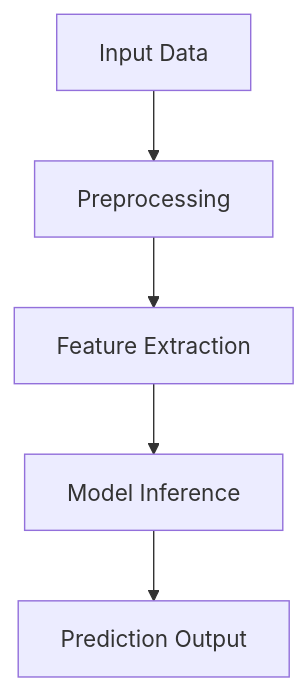
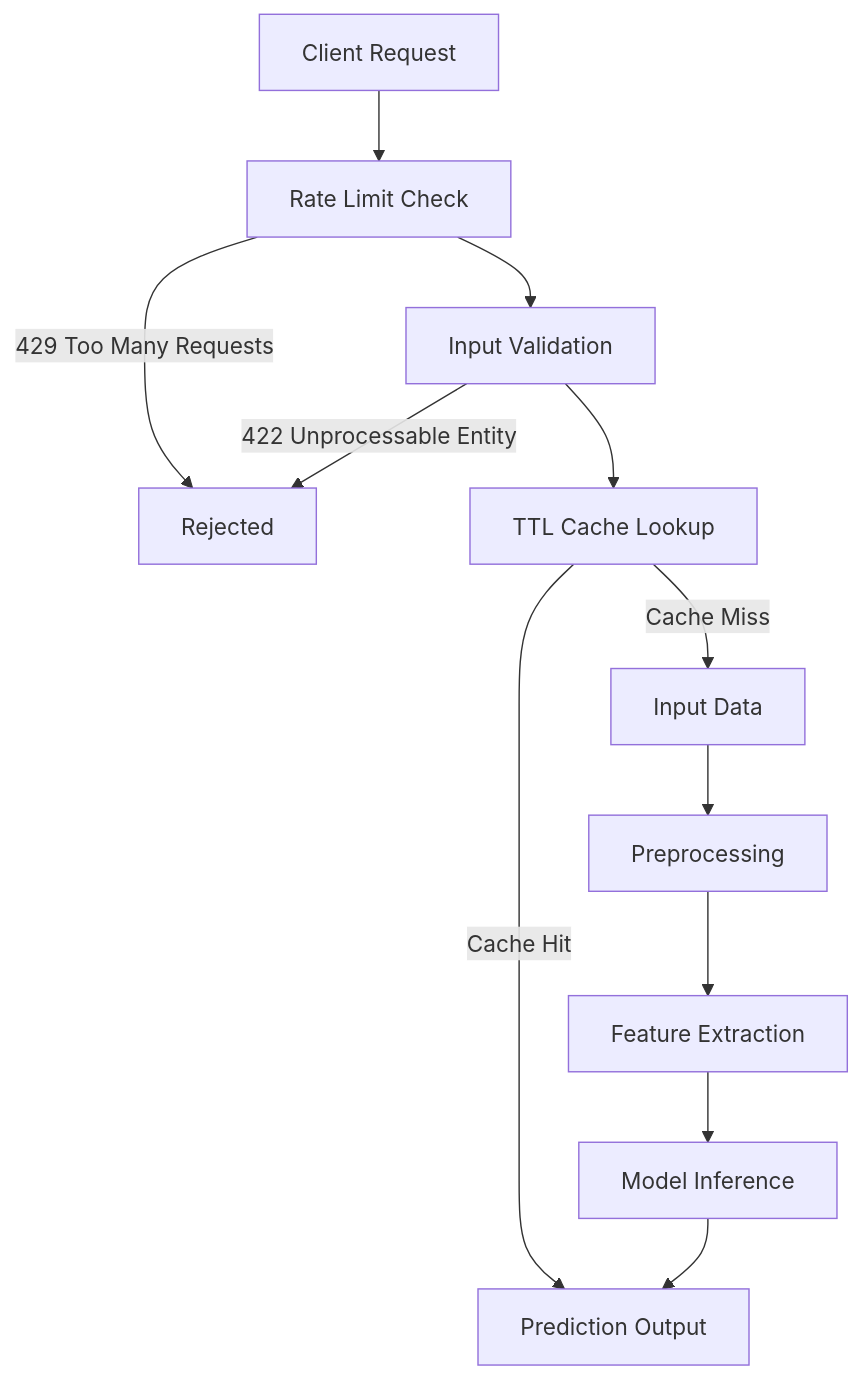
One commit to Md-Emon-Hasan/Factify changed the diagram in README.md. Above: the diagram before and after it, drawn with Mermaid. The commit also changed other lines of this file and 14 other files, not shown here.

````diff
--- a/README.md
+++ b/README.md
@@ -157,7 +169,14 @@
 ```mermaid
 graph TD
+    R[Client Request] --> L[Rate Limit Check]
+    L -->|429 Too Many Requests| X[Rejected]
+    L --> V[Input Validation]
+    V -->|422 Unprocessable Entity| X
+    V --> K[TTL Cache Lookup]
+    K -->|Cache Hit| E
+    K -->|Cache Miss| A
     A[Input Data] --> B[Preprocessing]
     B --> C[Feature Extraction]
     C --> D[Model Inference]
     D --> E[Prediction Output]
 ```
````
